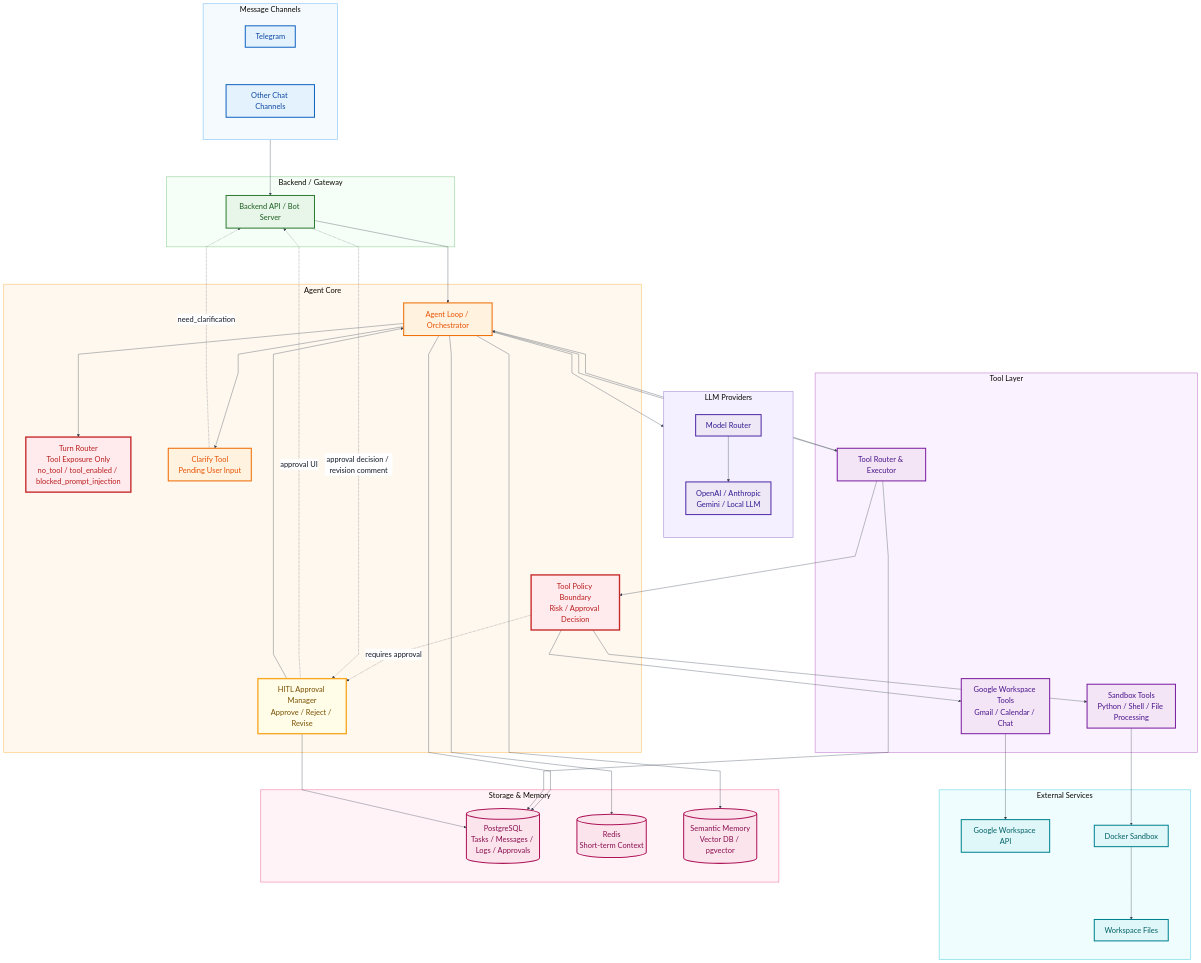
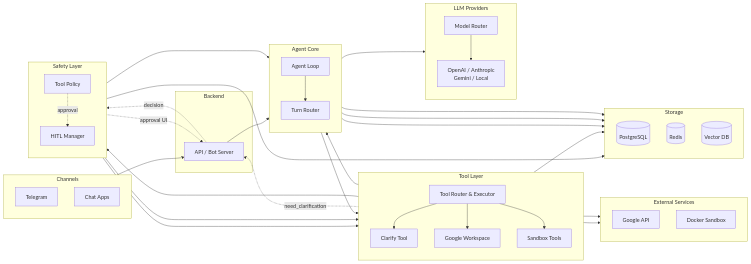
One commit to AI26-V-Claw/V-Claw changed the second of 2 diagrams in docs/01-system-design.md. Above: the diagram before and after it, drawn with Mermaid. The commit also changed 2 other files, not shown here.

Commit message:
update cache

````diff
--- a/docs/01-system-design.md
+++ b/docs/01-system-design.md
@@ -32,112 +32,88 @@
 ```mermaid
----
-config:
-  theme: base
-  themeVariables:
-    background: '#ffffff'
-    mainBkg: '#ffffff'
-    darkMode: false
-    fontSize: 22px
-    fontFamily: Arial
-    primaryTextColor: '#111827'
-    lineColor: '#374151'
-    edgeLabelBackground: '#ffffff'
-  flowchart:
-    nodeSpacing: 110
-    rankSpacing: 110
-    curve: linear
-    htmlLabels: true
----
-flowchart TB
- subgraph LLMs["LLM Providers"]
+flowchart LR
+  subgraph CH["Channels"]
     direction TB
-        MODEL_ROUTER["Model Router"]
-        LLM_ALL["OpenAI / Anthropic<br>Gemini / Local LLM"]
-        MODEL_ROUTER --> LLM_ALL
-  end
- subgraph Channels["Message Channels"]
-        TG["Telegram"]
-        CHATAPP["Other Chat Channels"]
-  end
- subgraph Backend["Backend / Gateway"]
-        API["Backend API / Bot Server"]
-  end
- subgraph Core["Agent Core"]
-        LOOP["Agent Loop / Orchestrator"]
-        TURN_ROUTER["Turn Router<br>Tool Exposure Only<br>no_tool / tool_enabled / blocked_prompt_injection"]
-        POLICY["Tool Policy Boundary<br>Risk / Approval Decision"]
-        HITL["HITL Approval Manager<br>Approve / Reject / Revise"]
-        CLARIFY["Clarify Tool<br>Pending User Input"]
-  end
- subgraph Tools["Tool Layer"]
-        ROUTER["Tool Router & Executor"]
-        GTOOLS["Google Workspace Tools<br>Gmail / Calendar / Chat"]
-        SANDBOX["Sandbox Tools<br>Python / Shell / File Processing"]
-  end
- subgraph External["External Services"]
-        GAPI["Google Workspace API"]
-        DOCKER["Docker Sandbox"]
-        FILES["Workspace Files"]
-  end
- subgraph Store["Storage & Memory"]
-        PG[("PostgreSQL<br>Tasks / Messages / Logs / Approvals")]
-        REDIS[("Redis<br>Short-term Context")]
-        VDB[("Semantic Memory<br>Vector DB / pgvector")]
+    TG["Telegram"]
+    CHAT["Chat Apps"]
   end
 
-    Channels --> API
-    API --> LOOP
-    LOOP --> TURN_ROUTER & PG & REDIS & VDB
-    LOOP --> MODEL_ROUTER
-    LOOP --> ROUTER
-    LOOP --> CLARIFY
-    ROUTER --> POLICY
-    POLICY --> GTOOLS & SANDBOX
-    ROUTER --> LOOP & PG
-    GTOOLS --> GAPI
-    SANDBOX --> DOCKER
-    DOCKER --> FILES
-    POLICY -. requires approval .-> HITL
-    CLARIFY -. need_clarification .-> API
-    HITL -. approval UI .-> API
-    API -. approval decision / revision comment .-> HITL
-    HITL --> LOOP & PG
+  subgraph BE["Backend"]
+    API["API / Bot Server"]
+  end
 
-    TG:::channel
-    CHATAPP:::channel
-    API:::backend
-    LOOP:::core
-    TURN_ROUTER:::safety
-    POLICY:::safety
-    HITL:::hitl
-    CLARIFY:::core
-    MODEL_ROUTER:::llm
-    LLM_ALL:::llm
-    ROUTER:::tool
-    GTOOLS:::tool
-    SANDBOX:::tool
-    GAPI:::external
-    DOCKER:::external
-    FILES:::external
-    PG:::store
-    REDIS:::store
-    VDB:::store
+  subgraph CORE["Agent Core"]
+    direction TB
+    LOOP["Agent Loop"]
+    TR["Turn Router"]
+    LOOP --> TR
+  end
 
-    classDef channel fill:#E3F2FD,stroke:#1565C0,stroke-width:3px,color:#0D47A1,font-size:22px
-    classDef backend fill:#E8F5E9,stroke:#2E7D32,stroke-width:3px,color:#1B5E20,font-size:22px
-    classDef core fill:#FFF3E0,stroke:#EF6C00,stroke-width:3px,color:#E65100,font-size:22px
-    classDef safety fill:#FFEBEE,stroke:#C62828,stroke-width:4px,color:#B71C1C,font-size:22px
-    classDef hitl fill:#FFFDE7,stroke:#F9A825,stroke-width:4px,color:#7A4F00,font-size:22px
-    classDef llm fill:#EDE7F6,stroke:#512DA8,stroke-width:3px,color:#311B92,font-size:22px
-    classDef tool fill:#F3E5F5,stroke:#7B1FA2,stroke-width:3px,color:#4A148C,font-size:22px
-    classDef external fill:#E0F7FA,stroke:#00838F,stroke-width:3px,color:#006064,font-size:22px
-    classDef store fill:#FCE4EC,stroke:#AD1457,stroke-width:3px,color:#880E4F,font-size:22px
+  subgraph TOOLS["Tool Layer"]
+    direction TB
+    ROUTER["Tool Router & Executor"]
+    CLARIFY["Clarify Tool"]
+    GTOOLS["Google Workspace"]
+    SANDBOX["Sandbox Tools"]
 
-    style LLMs fill:#F5F0FF,stroke:#B39DDB,stroke-width:2px
-    style Channels fill:#F5FAFF,stroke:#90CAF9,stroke-width:2px
-    style Backend fill:#F6FFF7,stroke:#A5D6A7,stroke-width:2px
-    style Core fill:#FFF8EF,stroke:#FFCC80,stroke-width:2px
-    style Tools fill:#FBF2FF,stroke:#CE93D8,stroke-width:2px
-    style External fill:#F0FDFF,stroke:#80DEEA,stroke-width:2px
-    style Store fill:#FFF3F7,stroke:#F48FB1,stroke-width:2px
+    ROUTER --> CLARIFY
+    ROUTER --> GTOOLS
+    ROUTER --> SANDBOX
+  end
+
+  subgraph SAFETY["Safety Layer"]
+    direction TB
+    POLICY["Tool Policy"]
+    HITL["HITL Manager"]
+
+    POLICY -. approval .-> HITL
+  end
+
+  subgraph LLM["LLM Providers"]
+    direction TB
+    MROUTER["Model Router"]
+    MODELS["OpenAI / Anthropic<br/>Gemini / Local"]
+
+    MROUTER --> MODELS
+  end
+
+  subgraph EXT["External Services"]
+    direction TB
+    GAPI["Google API"]
+    DOCKER["Docker Sandbox"]
+  end
+
+  subgraph STORE["Storage"]
+    direction TB
+    PG[("PostgreSQL")]
+    REDIS[("Redis")]
+    VDB[("Vector DB")]
+  end
+
+  CH --> API
+  API --> LOOP
+
+  LOOP --> MROUTER
+  LOOP --> PG
+  LOOP --> REDIS
+  LOOP --> VDB
+
+  TR --> ROUTER
+
+  ROUTER --> POLICY
+  POLICY --> GTOOLS
+  POLICY --> SANDBOX
+
+  ROUTER --> LOOP
+
+  HITL --> LOOP
+  HITL --> PG
+
+  CLARIFY -. need_clarification .-> API
+  HITL -. approval UI .-> API
+  API -. decision .-> HITL
+
+  GTOOLS --> GAPI
+  SANDBOX --> DOCKER
+
+  ROUTER --> PG
 ```
````
